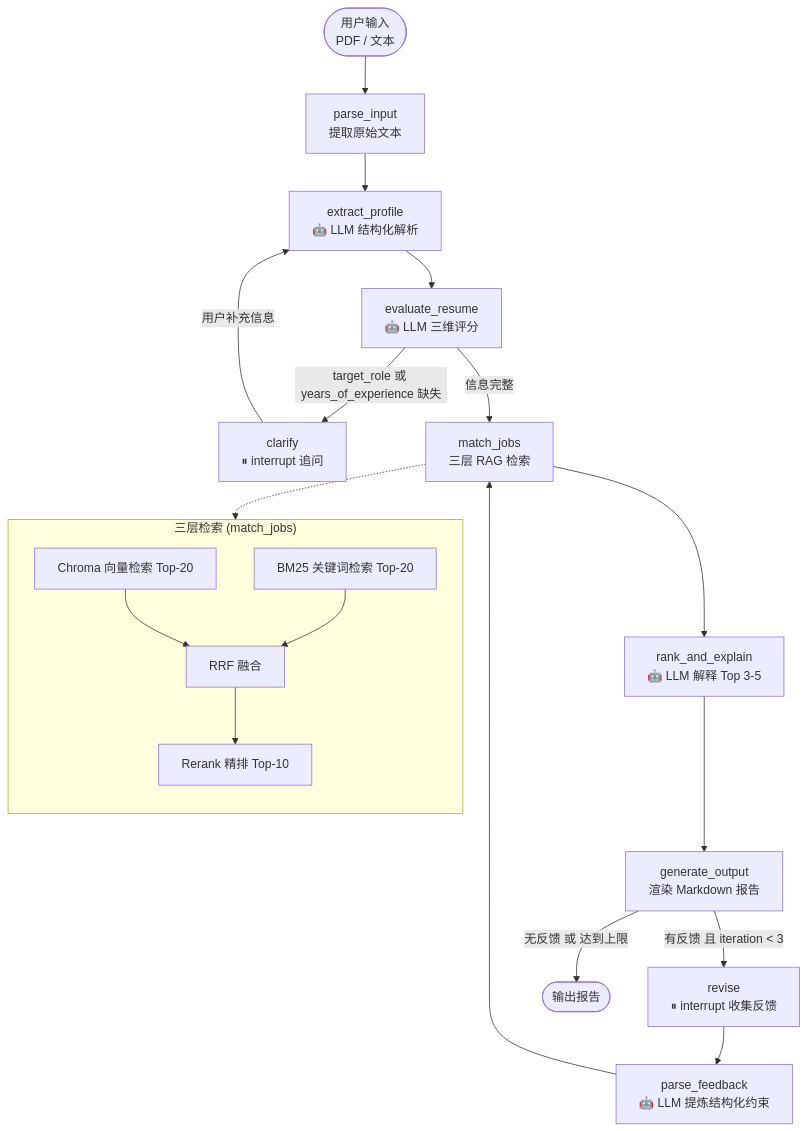
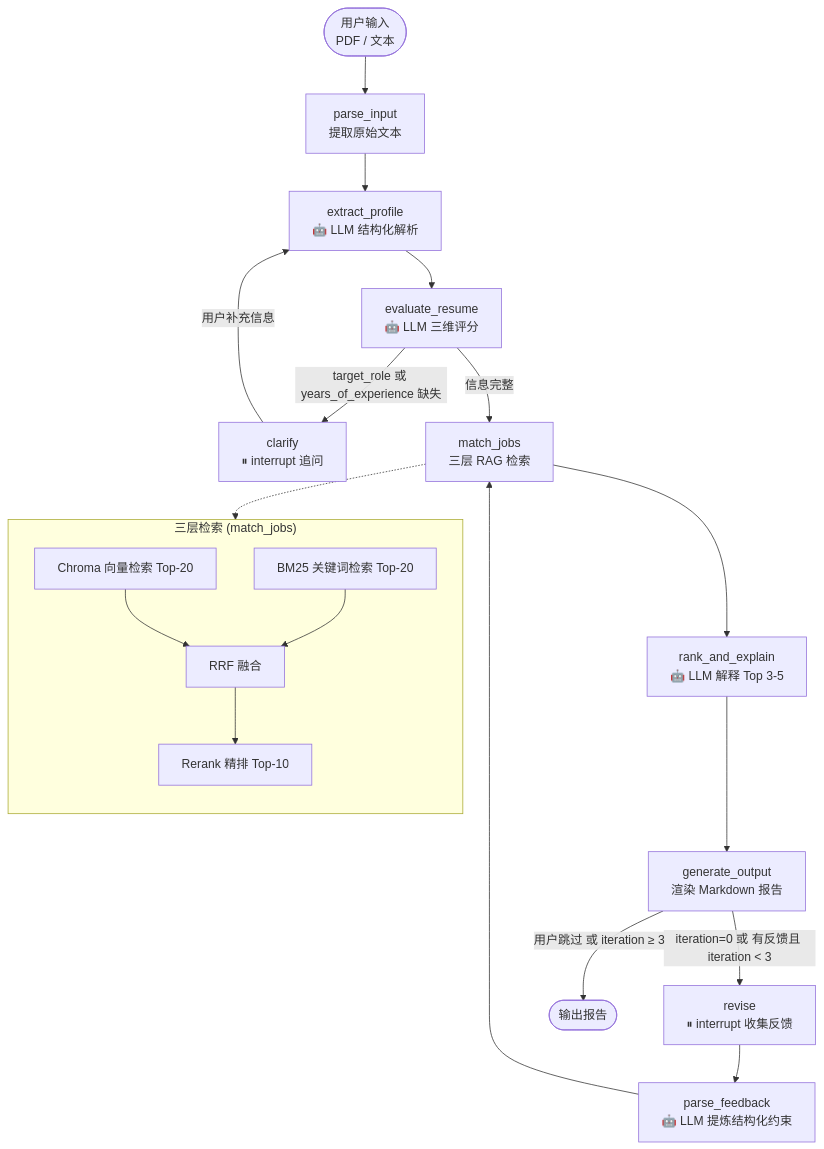
The diagram in README.md (ellison4018/CareerCopilot), drawn with Mermaid before and after one commit. The commit also changed other lines of this file and 1 other file, not shown here.

````diff
--- a/README.md
+++ b/README.md
@@ -11,31 +11,31 @@
 ```mermaid
 flowchart TD
     A([用户输入\nPDF / 文本]) --> B[parse_input\n提取原始文本]
     B --> C[extract_profile\n🤖 LLM 结构化解析]
     C --> D[evaluate_resume\n🤖 LLM 三维评分]
 
     D -->|target_role 或 years_of_experience 缺失| E[clarify\n⏸ interrupt 追问]
     E -->|用户补充信息| C
 
     D -->|信息完整| F[match_jobs\n三层 RAG 检索]
 
     F --> G[rank_and_explain\n🤖 LLM 解释 Top 3-5]
     G --> H[generate_output\n渲染 Markdown 报告]
 
-    H -->|有反馈 且 iteration < 3| I[revise\n⏸ interrupt 收集反馈]
+    H -->|iteration=0 或 有反馈且 iteration < 3| I[revise\n⏸ interrupt 收集反馈]
     I --> J[parse_feedback\n🤖 LLM 提炼结构化约束]
     J --> F
 
-    H -->|无反馈 或 达到上限| K([输出报告])
+    H -->|用户跳过 或 iteration ≥ 3| K([输出报告])
 
     subgraph RAG ["三层检索 (match_jobs)"]
         direction TB
         R1[Chroma 向量检索 Top-20]
         R2[BM25 关键词检索 Top-20]
         R3[RRF 融合]
         R4[Rerank 精排 Top-10]
         R1 & R2 --> R3 --> R4
     end
 
     F -.-> RAG
 ```
````
